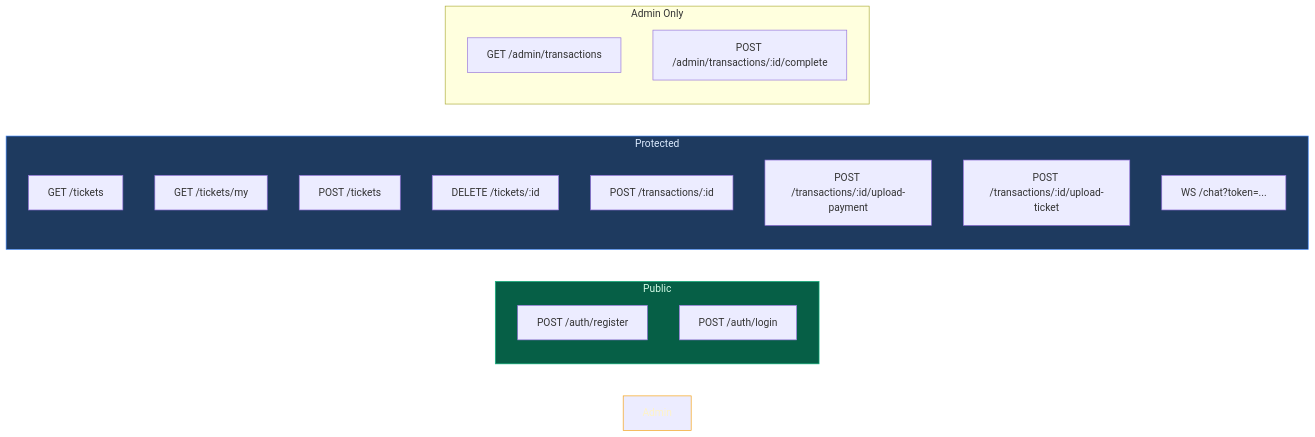
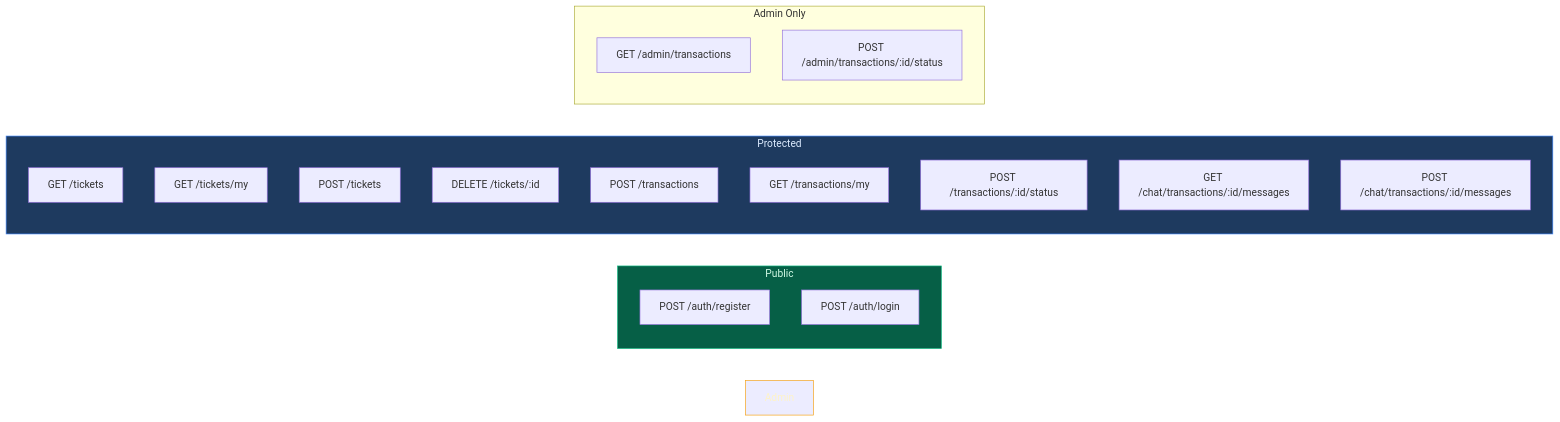
The seventh of 7 diagrams in README.md (frame-set-hub/ticket-exchange), drawn with Mermaid before and after one commit. The commit also changed other lines of this file and 18 other files, not shown here.

````diff
--- a/README.md
+++ b/README.md
@@ -288,27 +298,28 @@
 ```mermaid
 graph LR
     subgraph Public
         A1["POST /auth/register"]
         A2["POST /auth/login"]
     end
 
     subgraph Protected
         T1["GET /tickets"]
         T2["GET /tickets/my"]
         T3["POST /tickets"]
         T4["DELETE /tickets/:id"]
-        TX1["POST /transactions/:id"]
-        TX2["POST /transactions/:id/upload-payment"]
-        TX3["POST /transactions/:id/upload-ticket"]
-        C1["WS /chat?token=..."]
+        TX1["POST /transactions"]
+        TX2["GET /transactions/my"]
+        TX3["POST /transactions/:id/status"]
+        C1["GET /chat/transactions/:id/messages"]
+        C2["POST /chat/transactions/:id/messages"]
     end
 
     subgraph Admin Only
         AD1["GET /admin/transactions"]
-        AD2["POST /admin/transactions/:id/complete"]
+        AD2["POST /admin/transactions/:id/status"]
     end
 
     style Public fill:#065f46,stroke:#10b981,color:#d1fae5
     style Protected fill:#1e3a5f,stroke:#3b82f6,color:#dbeafe
     style Admin Only fill:#78350f,stroke:#f59e0b,color:#fef3c7
 ```
````
